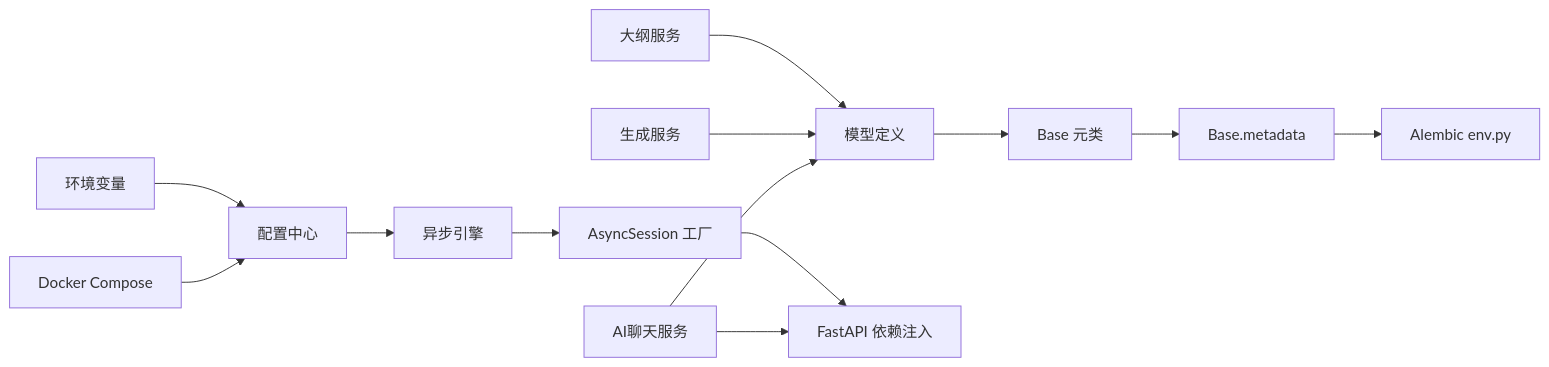
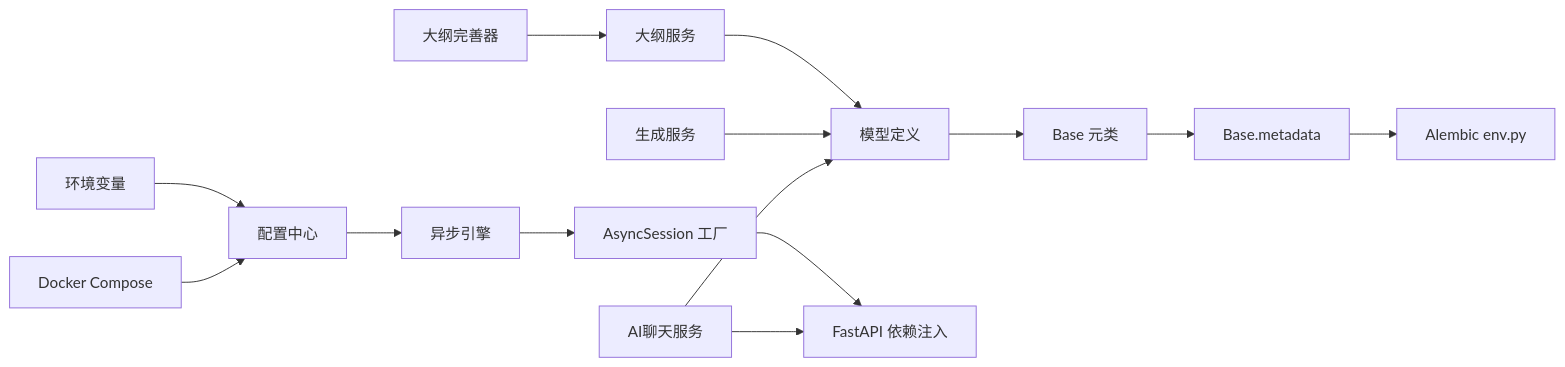
One commit to xfbyxq/ai-novel-system changed diagram 14 of 14 in .qoder/repowiki/zh/content/后端架构/数据库设计.md. Above: the diagram before and after it, drawn with Mermaid. The commit also changed other lines of this file and 43 other files, not shown here.

````diff
--- a/.qoder/repowiki/zh/content/后端架构/数据库设计.md
+++ b/.qoder/repowiki/zh/content/后端架构/数据库设计.md
@@ -827,15 +929,16 @@
 ```mermaid
 graph LR
 Models["模型定义"] --> Base["Base 元类"]
 Base --> Meta["Base.metadata"]
 Meta --> Env["Alembic env.py"]
 Config["配置中心"] --> Engine["异步引擎"]
 Engine --> Session["AsyncSession 工厂"]
 Session --> API["FastAPI 依赖注入"]
 OutlineService["大纲服务"] --> Models
 GenerationService["生成服务"] --> Models
 AIChatService["AI聊天服务"] --> Models
 AIChatService --> API
 EnvVars["环境变量"] --> Config
 Compose["Docker Compose"] --> Config
+OutlineRefiner["大纲完善器"] --> OutlineService
 ```
````
